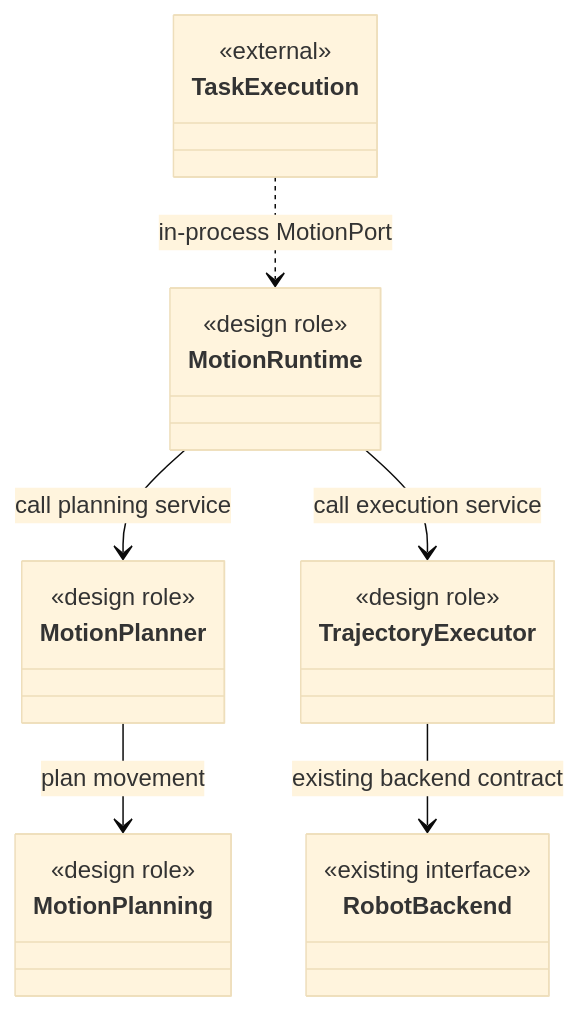
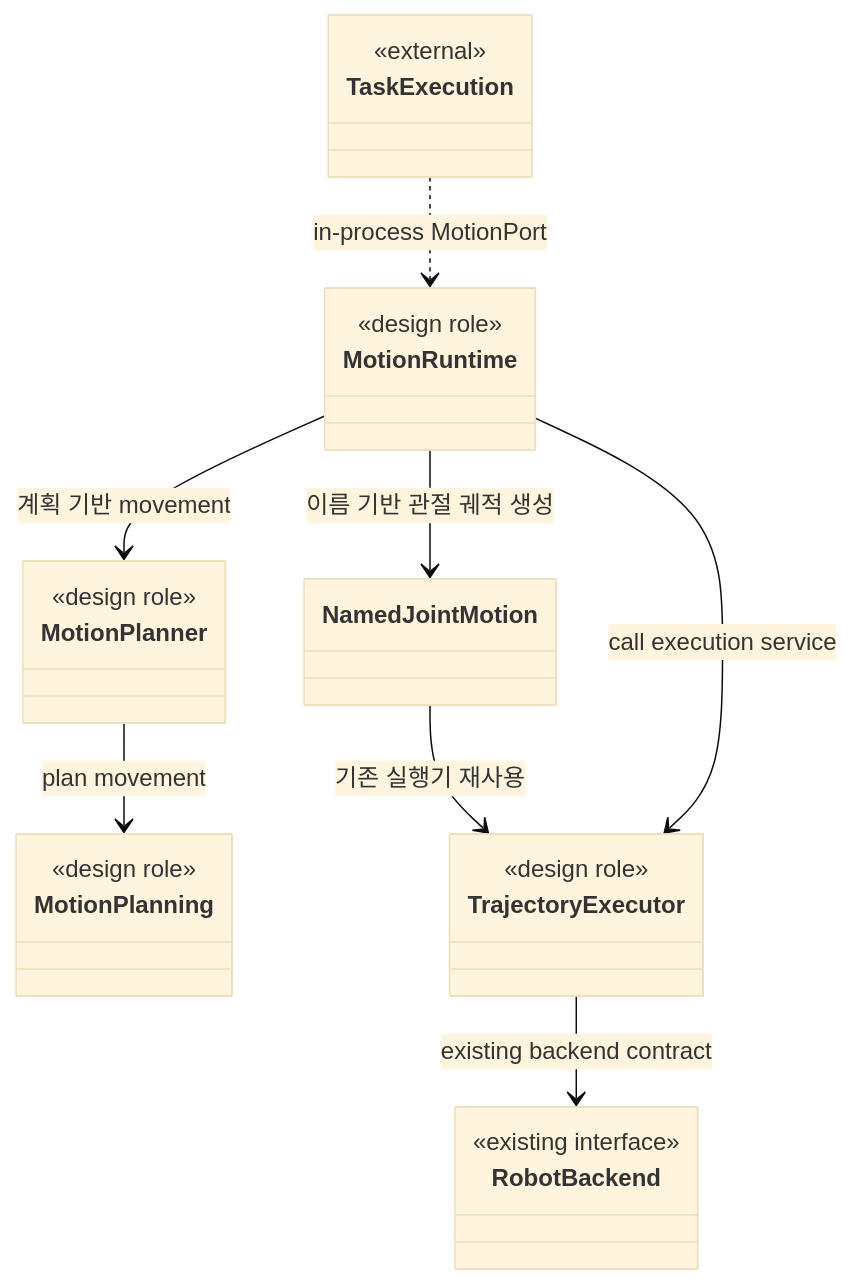
The first of 4 diagrams in docs/design/components/motion/cds.md (dev-kibeom/sftwin-arm-cell), drawn with Mermaid (base theme) before and after one commit. The commit also changed other lines of this file and 37 other files, not shown here.

Commit message:
refact(motion): execute named joint motions without path planning

````diff
--- a/docs/design/components/motion/cds.md
+++ b/docs/design/components/motion/cds.md
@@ -14,27 +14,29 @@
 ```mermaid
 classDiagram
     direction TB
     class MotionRuntime {
         <<design role>>
     }
     class MotionPlanner {
         <<design role>>
     }
     class MotionPlanning {
         <<design role>>
     }
     class TrajectoryExecutor {
         <<design role>>
     }
     class TaskExecution {
         <<external>>
     }
     class RobotBackend {
         <<existing interface>>
     }
     TaskExecution ..> MotionRuntime : in-process MotionPort
-    MotionRuntime --> MotionPlanner : call planning service
+    MotionRuntime --> MotionPlanner : 계획 기반 movement
+    MotionRuntime --> NamedJointMotion : 이름 기반 관절 궤적 생성
+    NamedJointMotion --> TrajectoryExecutor : 기존 실행기 재사용
     MotionRuntime --> TrajectoryExecutor : call execution service
     MotionPlanner --> MotionPlanning : plan movement
     TrajectoryExecutor --> RobotBackend : existing backend contract
 ```
````
